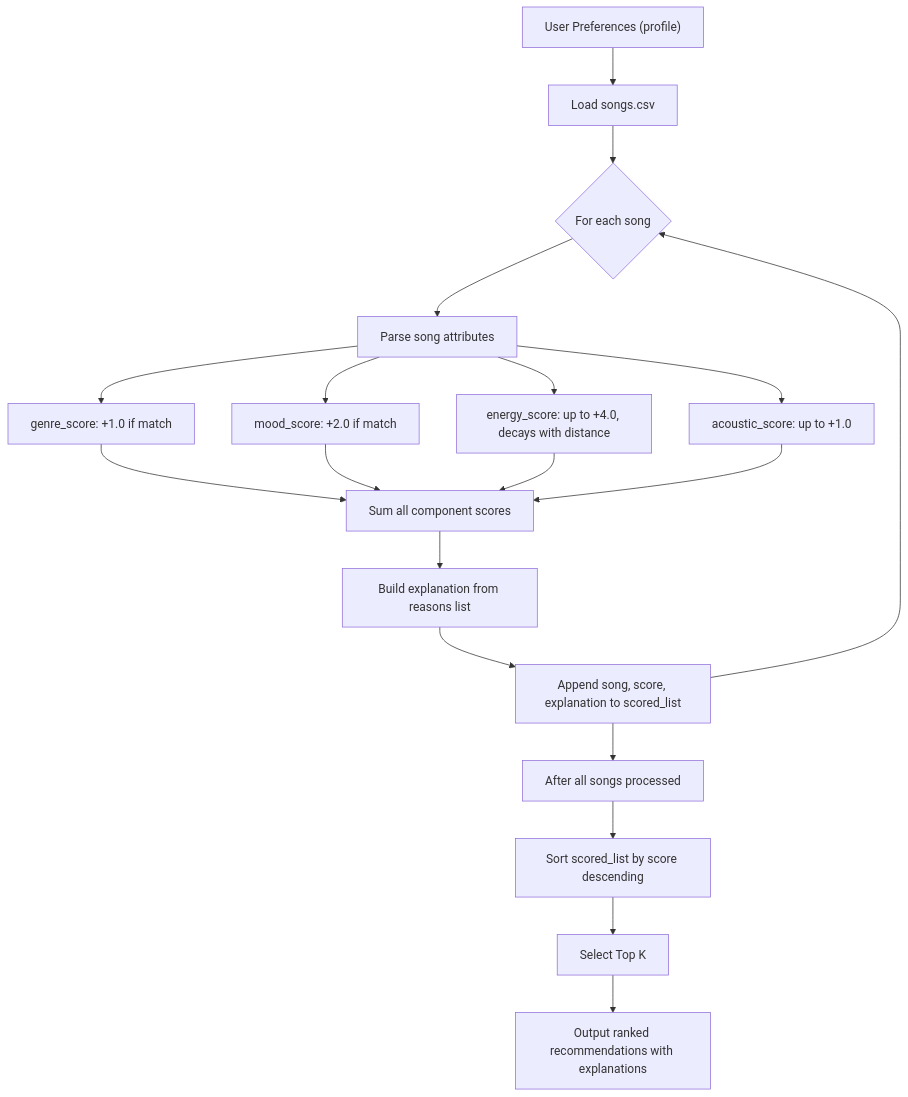
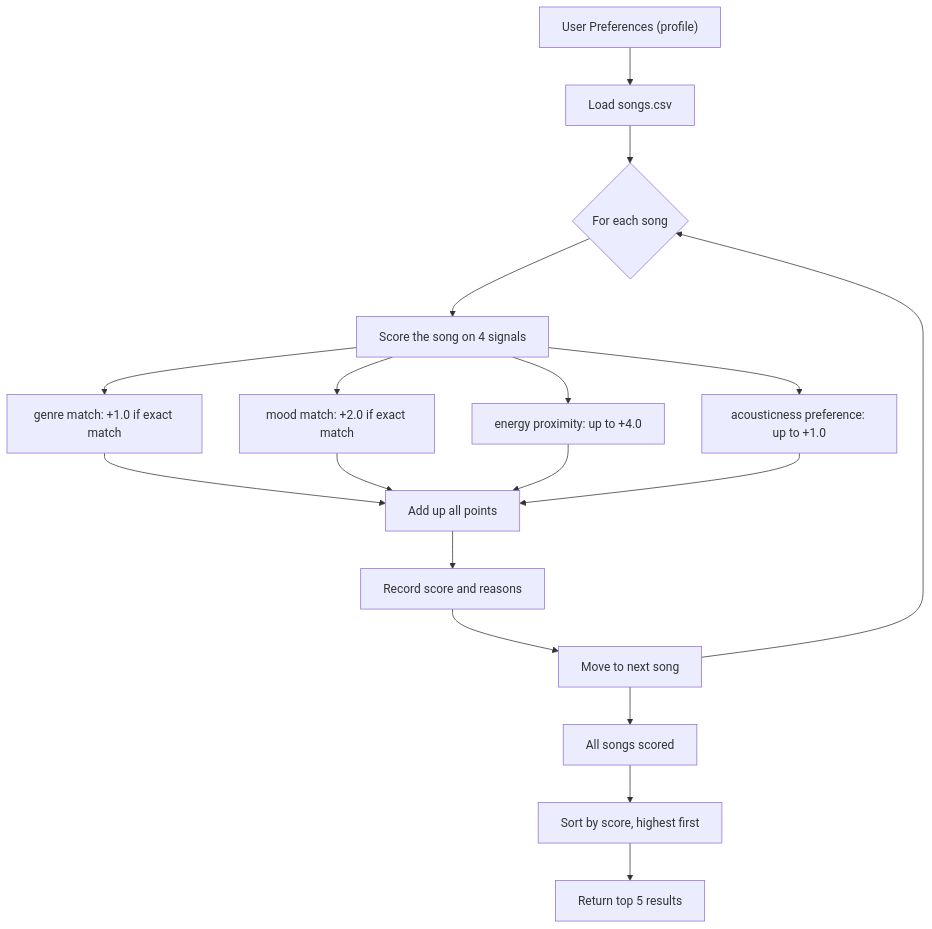
One commit to mabdelmalek-dev/ai110-module3show-musicrecommendersimulation-starter changed the diagram in model_card.md. Above: the diagram before and after it, drawn with Mermaid. The commit also changed other lines of this file, not shown here.

First line of the commit message:
complete all model card sections with plain-language writeups

````diff
--- a/model_card.md
+++ b/model_card.md
@@ -37,21 +37,20 @@
 ```mermaid
 flowchart TD
   A["User Preferences (profile)"] --> B["Load songs.csv"]
   B --> C{"For each song"}
-  C --> D["Parse song attributes"]
-  D --> E["genre_score: +1.0 if match"]
-  D --> F["mood_score: +2.0 if match"]
-  D --> G["energy_score: up to +4.0, decays with distance"]
-  D --> H["acoustic_score: up to +1.0"]
-  E --> L["Sum all component scores"]
+  C --> D["Score the song on 4 signals"]
+  D --> E["genre match: +1.0 if exact match"]
+  D --> F["mood match: +2.0 if exact match"]
+  D --> G["energy proximity: up to +4.0"]
+  D --> H["acousticness preference: up to +1.0"]
+  E --> L["Add up all points"]
   F --> L
   G --> L
   H --> L
-  L --> M["Build explanation from reasons list"]
-  M --> N["Append song, score, explanation to scored_list"]
+  L --> M["Record score and reasons"]
+  M --> N["Move to next song"]
   N --> C
-  N --> O["After all songs processed"]
-  O --> P["Sort scored_list by score descending"]
-  P --> Q["Select Top K"]
-  Q --> R["Output ranked recommendations with explanations"]
+  N --> O["All songs scored"]
+  O --> P["Sort by score, highest first"]
+  P --> Q["Return top 5 results"]
 ```
````
